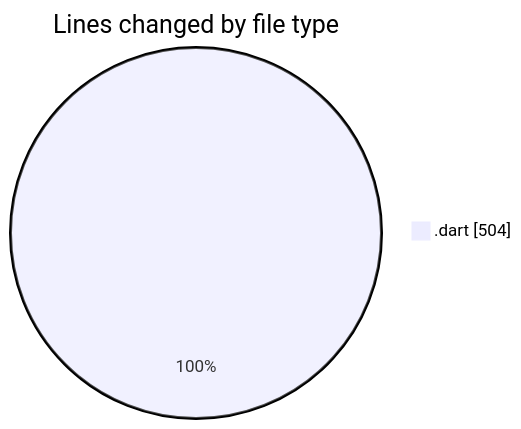
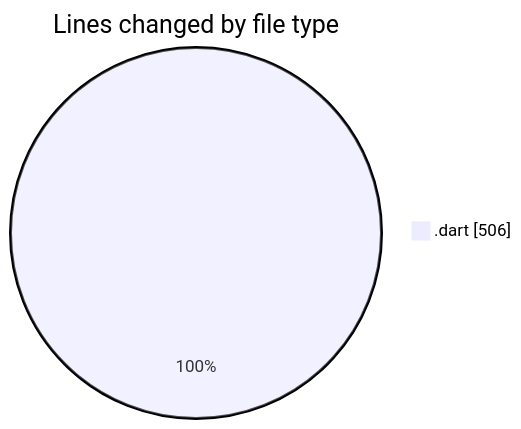
One commit to donsfak/code-tracking changed the first of 2 diagrams in 2025-01-13/trackers_app/README.md. Above: the diagram before and after it, drawn with Mermaid. The commit also changed other lines of this file and 1 other file, not shown here.

````diff
--- a/2025-01-13/trackers_app/README.md
+++ b/2025-01-13/trackers_app/README.md
@@ -22,5 +23,5 @@
 ```mermaid
 pie showData
 title Lines changed by file type
-".dart" : 504
+".dart" : 506
 ```
````
